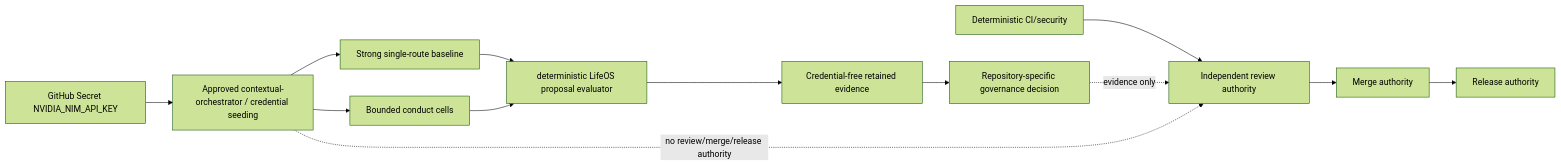
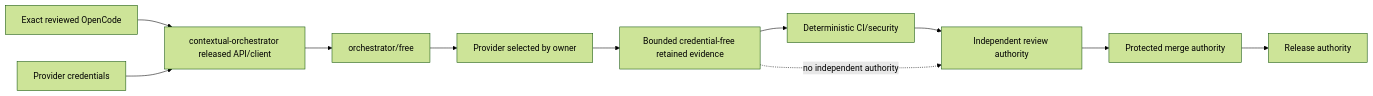
One commit to ContextualWisdomLab/life-os changed diagram 14 of 18 in docs/UML.md. Above: the diagram before and after it, drawn with Mermaid (forest theme). The commit also changed other lines of this file, not shown here.

Commit message:
docs: refresh active authority and recovery views

````diff
--- a/docs/UML.md
+++ b/docs/UML.md
@@ -254,16 +307,13 @@
 ```mermaid
 flowchart LR
-    Secret[GitHub Secret NVIDIA_NIM_API_KEY] --> Seed[Approved contextual-orchestrator / credential seeding]
-    Seed --> Route[Strong single-route baseline]
-    Seed --> Conduct[Bounded conduct cells]
-    Route --> Evaluator[deterministic LifeOS proposal evaluator]
-    Conduct --> Evaluator
-    Evaluator --> Evidence[Credential-free retained evidence]
-    Evidence --> Governance[Repository-specific governance decision]
-
-    CI[Deterministic CI/security] --> Review[Independent review authority]
-    Review --> Merge[Merge authority]
+    OpenCode[Exact reviewed OpenCode] --> CO[contextual-orchestrator released API/client]
+    Secrets[Provider credentials] --> CO
+    CO --> Free[orchestrator/free]
+    Free --> Model[Provider selected by owner]
+    Model --> Evidence[Bounded credential-free retained evidence]
+    Evidence --> CI[Deterministic CI/security]
+    CI --> Review[Independent review authority]
+    Review --> Merge[Protected merge authority]
     Merge --> Release[Release authority]
-    Governance -. evidence only .-> Review
-    Seed -. no review/merge/release authority .-> Review
+    Evidence -. no independent authority .-> Review
 ```
````
